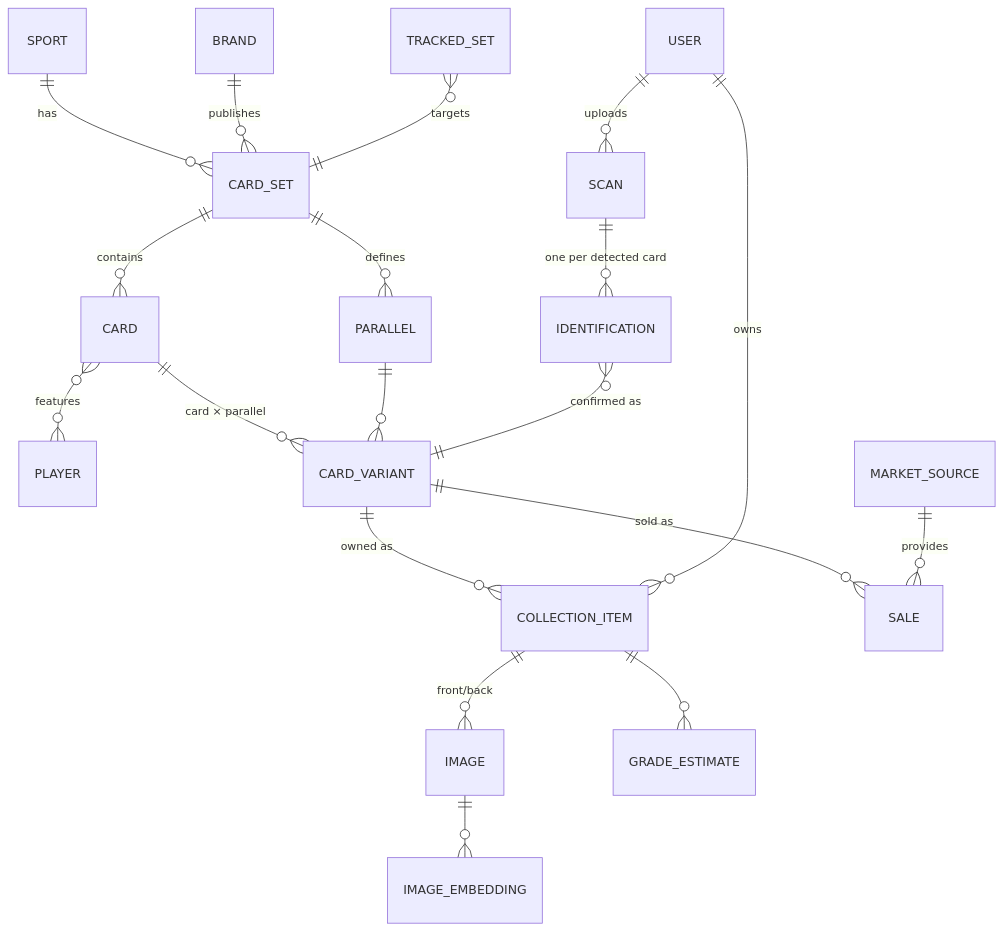
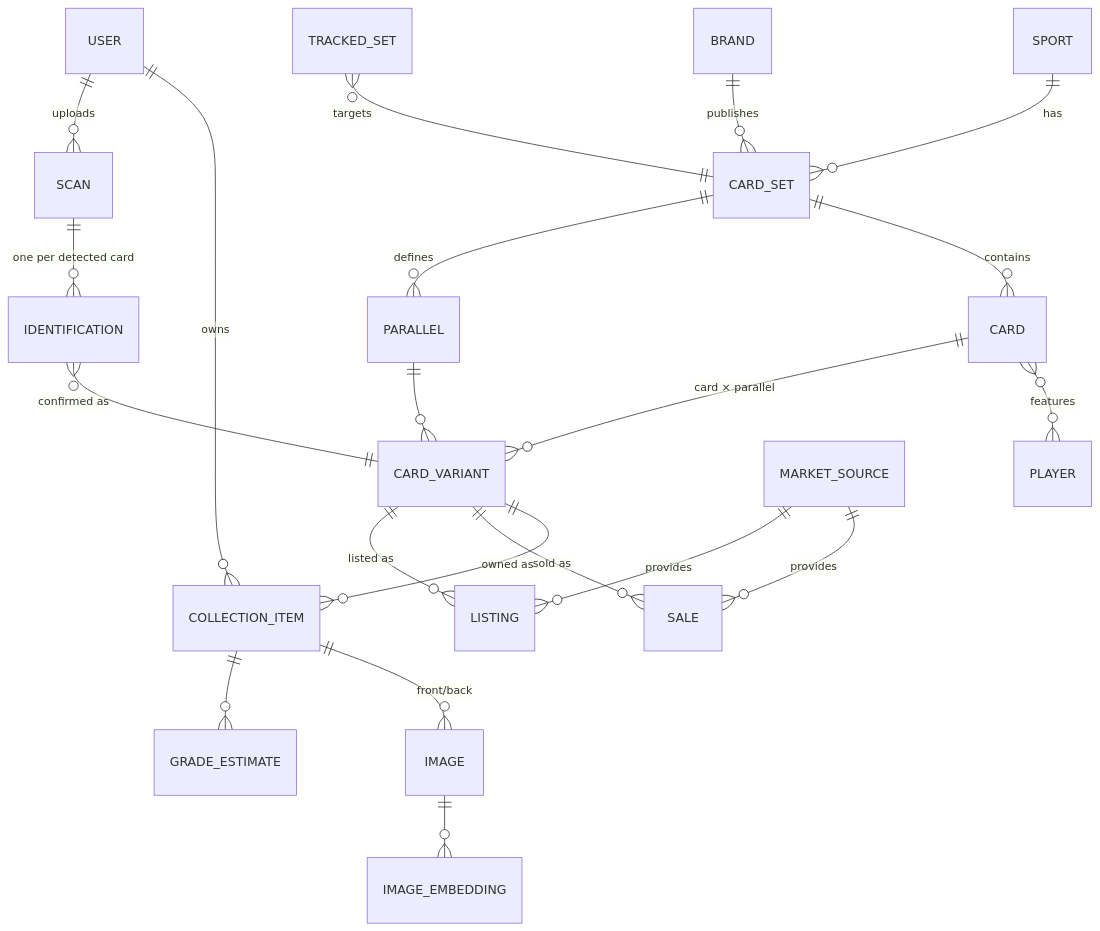
Before and after one commit to lfoos/card-maven: the second of 2 diagrams in docs/IMPLEMENTATION_PLAN.md, drawn with Mermaid. The commit also changed other lines of this file, not shown here.

First line of the commit message:
docs: adopt free-first market data strategy (eBay Browse/Taxonomy, manual import, apply for Marketplace Insights)

````diff
--- a/docs/IMPLEMENTATION_PLAN.md
+++ b/docs/IMPLEMENTATION_PLAN.md
@@ -105,21 +105,23 @@
 ```mermaid
 erDiagram
   SPORT ||--o{ CARD_SET : has
   BRAND ||--o{ CARD_SET : publishes
   CARD_SET ||--o{ CARD : contains
   CARD_SET ||--o{ PARALLEL : defines
   CARD }o--o{ PLAYER : features
   CARD ||--o{ CARD_VARIANT : "card × parallel"
   PARALLEL ||--o{ CARD_VARIANT : ""
   CARD_VARIANT ||--o{ COLLECTION_ITEM : "owned as"
   CARD_VARIANT ||--o{ SALE : "sold as"
   USER ||--o{ COLLECTION_ITEM : owns
   COLLECTION_ITEM ||--o{ IMAGE : "front/back"
   COLLECTION_ITEM ||--o{ GRADE_ESTIMATE : ""
   USER ||--o{ SCAN : uploads
   SCAN ||--o{ IDENTIFICATION : "one per detected card"
   IDENTIFICATION }o--|| CARD_VARIANT : "confirmed as"
   IMAGE ||--o{ IMAGE_EMBEDDING : ""
   MARKET_SOURCE ||--o{ SALE : provides
+  MARKET_SOURCE ||--o{ LISTING : provides
+  CARD_VARIANT ||--o{ LISTING : "listed as"
   TRACKED_SET }o--|| CARD_SET : targets
 ```
````
